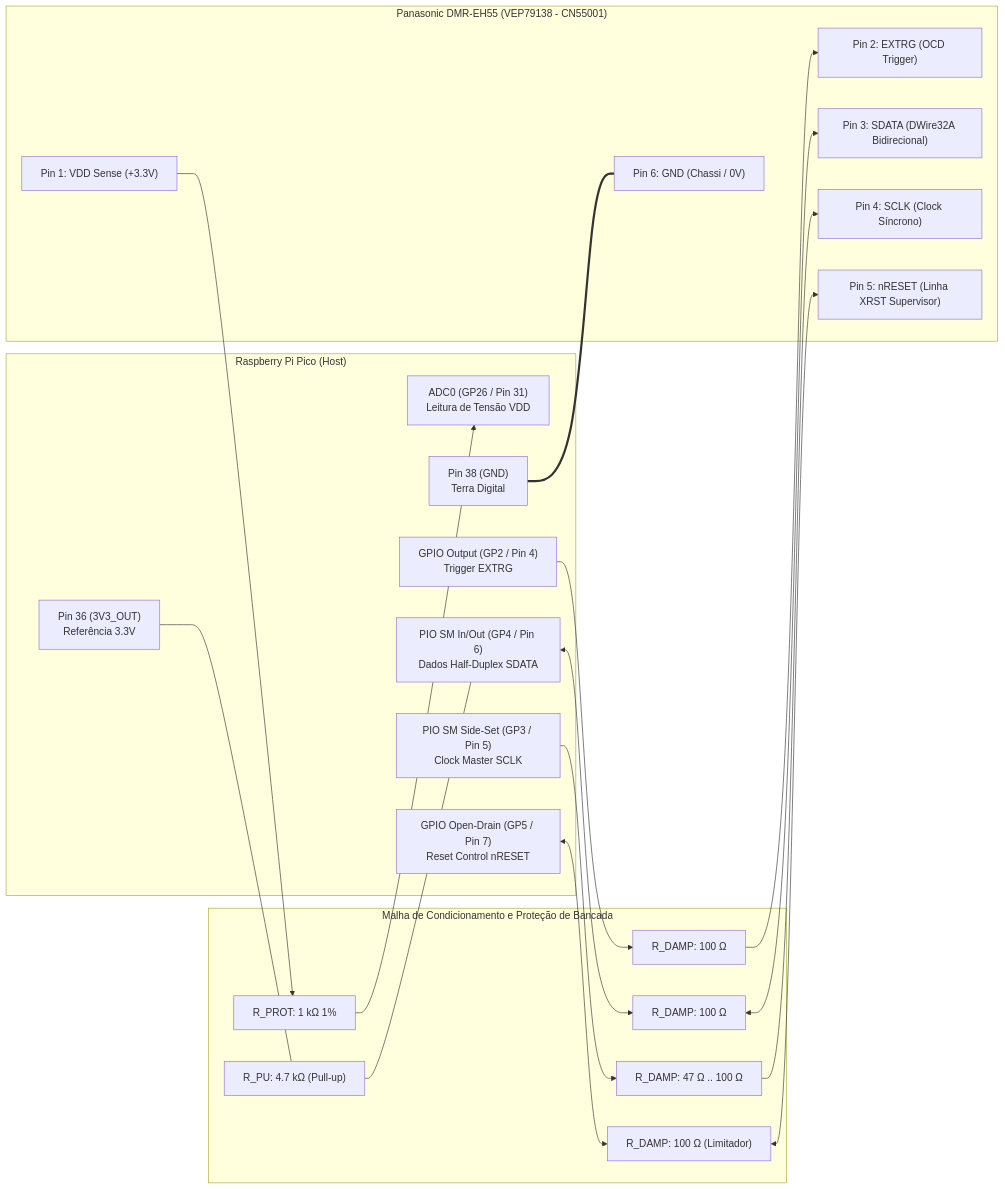
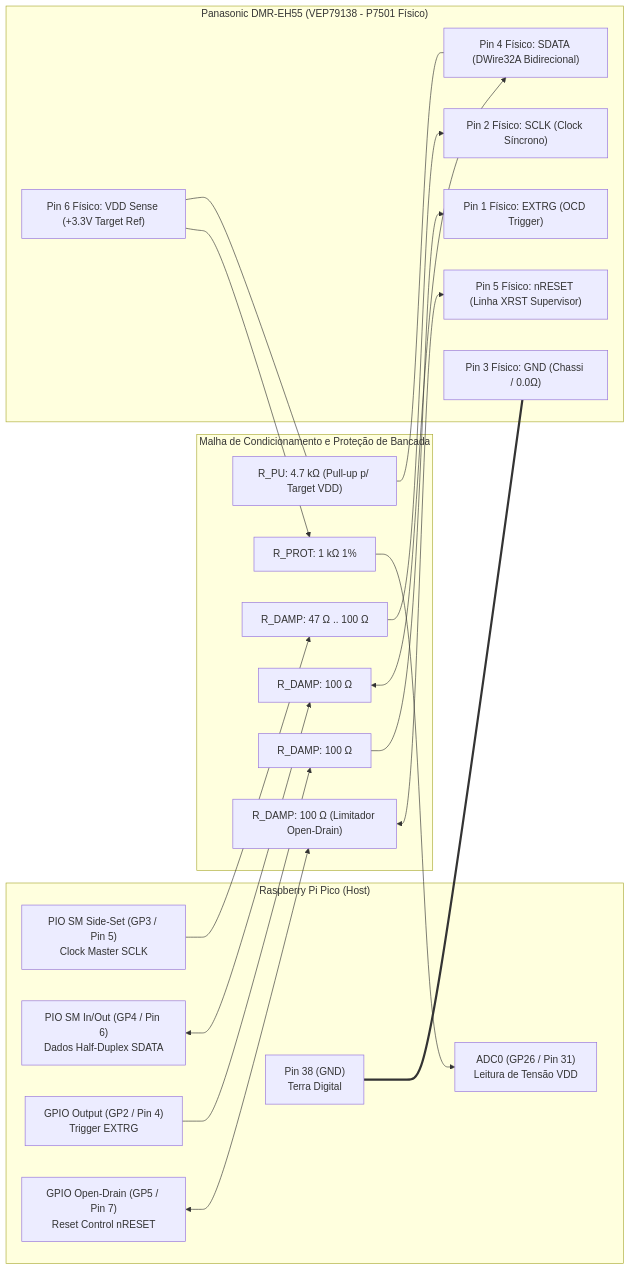
One commit to danielchrono/Panadiga changed the first of 2 diagrams in docs/BLUEPRINT_ESQUEMA_ELETRICO_BANCADA.md. Above: the diagram before and after it, drawn with Mermaid. The commit also changed other lines of this file and 12 other files, not shown here.

Commit message:
docs: validate JST SH 1.0mm connector, RP2350 support, and roadmap for OpenOCD/GDB bridge

````diff
--- a/docs/BLUEPRINT_ESQUEMA_ELETRICO_BANCADA.md
+++ b/docs/BLUEPRINT_ESQUEMA_ELETRICO_BANCADA.md
@@ -87,38 +96,37 @@
 ```mermaid
 graph LR
     subgraph RP2040["Raspberry Pi Pico (Host)"]
         ADC["ADC0 (GP26 / Pin 31)<br/>Leitura de Tensão VDD"]
         PIO_CLK["PIO SM Side-Set (GP3 / Pin 5)<br/>Clock Master SCLK"]
         PIO_DAT["PIO SM In/Out (GP4 / Pin 6)<br/>Dados Half-Duplex SDATA"]
         TRIG["GPIO Output (GP2 / Pin 4)<br/>Trigger EXTRG"]
         RST_OD["GPIO Open-Drain (GP5 / Pin 7)<br/>Reset Control nRESET"]
-        PICO_3V3["Pin 36 (3V3_OUT)<br/>Referência 3.3V"]
         PICO_GND["Pin 38 (GND)<br/>Terra Digital"]
     end
 
     subgraph Conditioning["Malha de Condicionamento e Proteção de Bancada"]
         R_PROT["R_PROT: 1 kΩ 1%"]
         R_CLK["R_DAMP: 47 Ω .. 100 Ω"]
         R_DAT["R_DAMP: 100 Ω"]
-        R_PU["R_PU: 4.7 kΩ (Pull-up)"]
+        R_PU["R_PU: 4.7 kΩ (Pull-up p/ Target VDD)"]
         R_TRG["R_DAMP: 100 Ω"]
-        R_RST["R_DAMP: 100 Ω (Limitador)"]
+        R_RST["R_DAMP: 100 Ω (Limitador Open-Drain)"]
     end
 
-    subgraph VEP79138["Panasonic DMR-EH55 (VEP79138 - CN55001)"]
-        CN_VDD["Pin 1: VDD Sense (+3.3V)"]
-        CN_TRG["Pin 2: EXTRG (OCD Trigger)"]
-        CN_DAT["Pin 3: SDATA (DWire32A Bidirecional)"]
-        CN_CLK["Pin 4: SCLK (Clock Síncrono)"]
-        CN_RST["Pin 5: nRESET (Linha XRST Supervisor)"]
-        CN_GND["Pin 6: GND (Chassi / 0V)"]
+    subgraph VEP79138["Panasonic DMR-EH55 (VEP79138 - P7501 Físico)"]
+        CN_TRG["Pin 1 Físico: EXTRG (OCD Trigger)"]
+        CN_CLK["Pin 2 Físico: SCLK (Clock Síncrono)"]
+        CN_GND["Pin 3 Físico: GND (Chassi / 0.0Ω)"]
+        CN_DAT["Pin 4 Físico: SDATA (DWire32A Bidirecional)"]
+        CN_RST["Pin 5 Físico: nRESET (Linha XRST Supervisor)"]
+        CN_VDD["Pin 6 Físico: VDD Sense (+3.3V Target Ref)"]
     end
 
     CN_VDD --> R_PROT --> ADC
+    CN_VDD --- R_PU --- CN_DAT
     TRIG --> R_TRG --> CN_TRG
-    PICO_3V3 --- R_PU --- PIO_DAT
     PIO_DAT <--> R_DAT <--> CN_DAT
     PIO_CLK --> R_CLK --> CN_CLK
     RST_OD <--> R_RST <--> CN_RST
     PICO_GND === CN_GND
 ```
````
